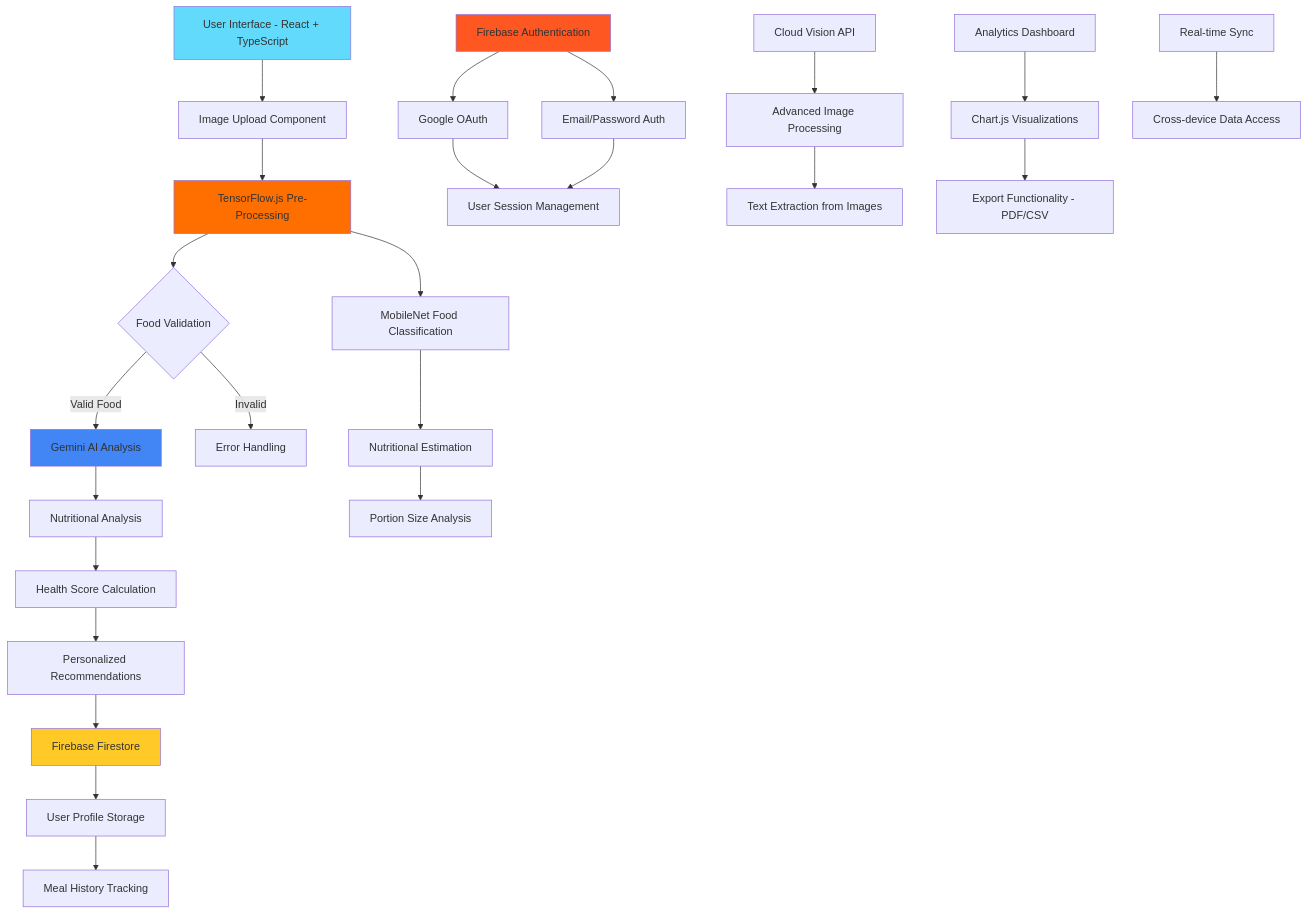
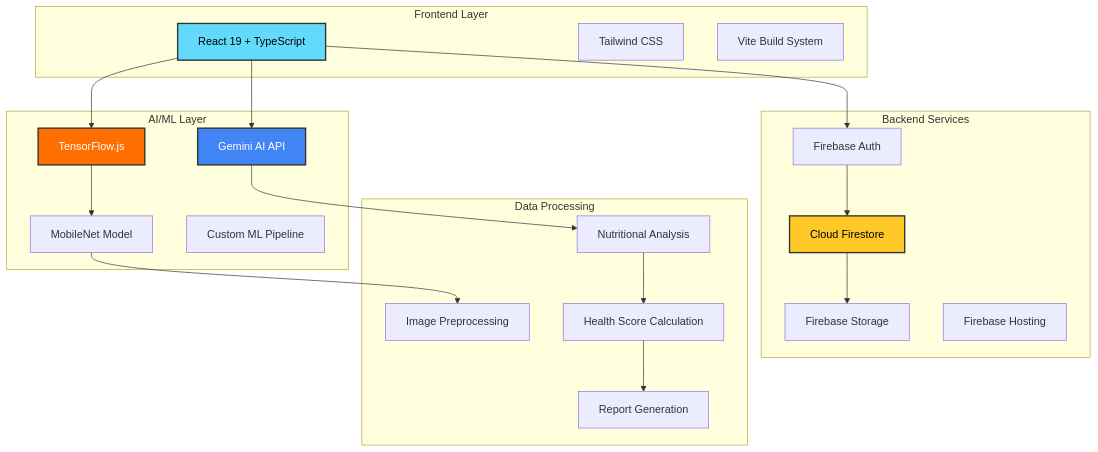
One commit to Anubhavick/Healthy-Me changed the diagram in README.md. Above: the diagram before and after it, drawn with Mermaid. The commit also changed other lines of this file, not shown here.

````diff
--- a/README.md
+++ b/README.md
@@ -18,39 +88,46 @@
 ```mermaid
-graph TD
-    A[User Interface - React + TypeScript] --> B[Image Upload Component]
-    B --> C[TensorFlow.js Pre-Processing]
-    C --> D{Food Validation}
-    D -->|Valid Food| E[Gemini AI Analysis]
-    D -->|Invalid| F[Error Handling]
+graph TB
+    subgraph "Frontend Layer"
+        A[React 19 + TypeScript]
+        B[Tailwind CSS]
+        C[Vite Build System]
+    end
     
-    E --> G[Nutritional Analysis]
-    G --> H[Health Score Calculation]
-    H --> I[Personalized Recommendations]
+    subgraph "AI/ML Layer"
+        D[Gemini AI API]
+        E[TensorFlow.js]
+        F[MobileNet Model]
+        G[Custom ML Pipeline]
+    end
     
-    C --> J[MobileNet Food Classification]
-    J --> K[Nutritional Estimation]
-    K --> L[Portion Size Analysis]
+    subgraph "Backend Services"
+        H[Firebase Auth]
+        I[Cloud Firestore]
+        J[Firebase Storage]
+        K[Firebase Hosting]
+    end
     
-    I --> M[Firebase Firestore]
-    M --> N[User Profile Storage]
-    N --> O[Meal History Tracking]
+    subgraph "Data Processing"
+        L[Image Preprocessing]
+        M[Nutritional Analysis]
+        N[Health Score Calculation]
+        O[Report Generation]
+    end
     
-    P[Firebase Authentication] --> Q[Google OAuth]
-    P --> R[Email/Password Auth]
-    Q --> S[User Session Management]
-    R --> S
+    A --> D
+    A --> E
+    E --> F
+    D --> M
+    F --> L
+    M --> N
+    N --> O
     
-    T[Cloud Vision API] --> U[Advanced Image Processing]
-    U --> V[Text Extraction from Images]
+    A --> H
+    H --> I
+    I --> J
     
-    W[Analytics Dashboard] --> X[Chart.js Visualizations]
-    X --> Y[Export Functionality - PDF/CSV]
-    
-    Z[Real-time Sync] --> AA[Cross-device Data Access]
-    
-    style A fill:#61dafb
-    style E fill:#4285f4
-    style C fill:#ff6f00
-    style M fill:#ffca28
-    style P fill:#ff5722
+    style A fill:#61dafb,stroke:#333,stroke-width:2px,color:#000
+    style D fill:#4285f4,stroke:#333,stroke-width:2px,color:#fff
+    style E fill:#ff6f00,stroke:#333,stroke-width:2px,color:#fff
+    style I fill:#ffca28,stroke:#333,stroke-width:2px,color:#000
 ```
````
